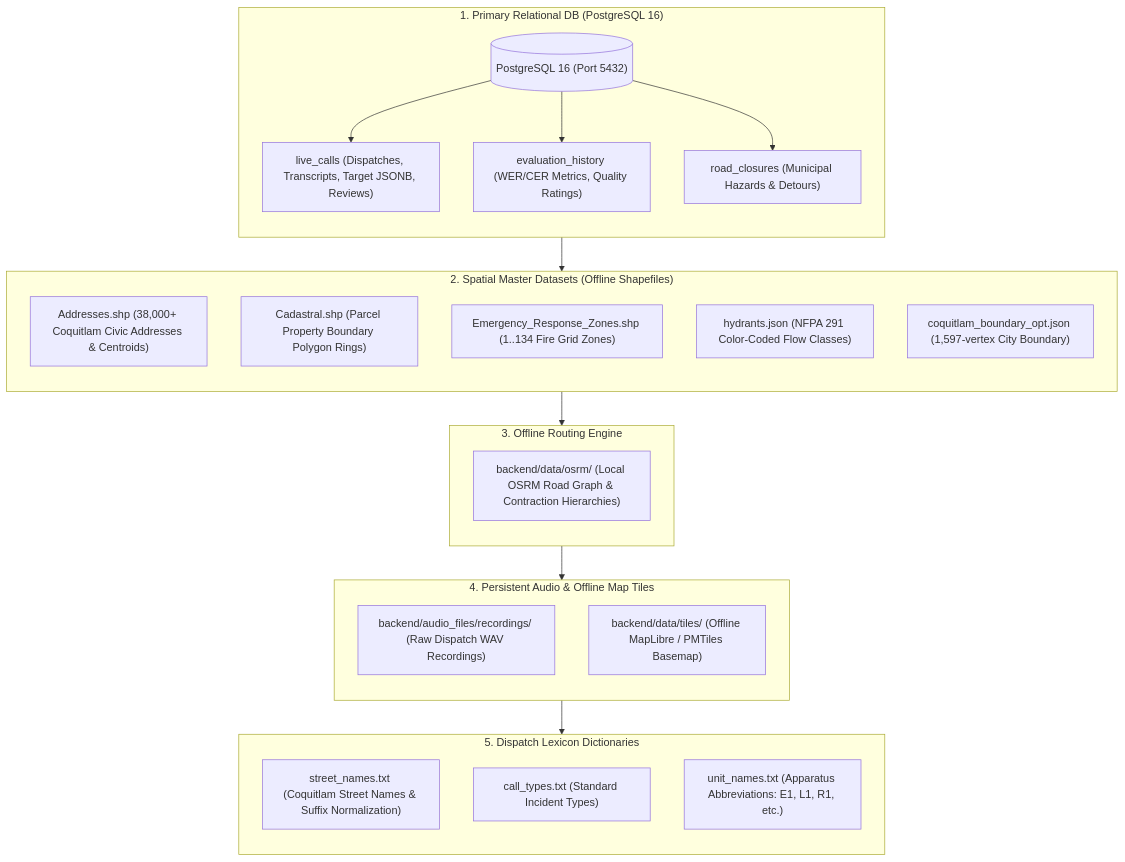
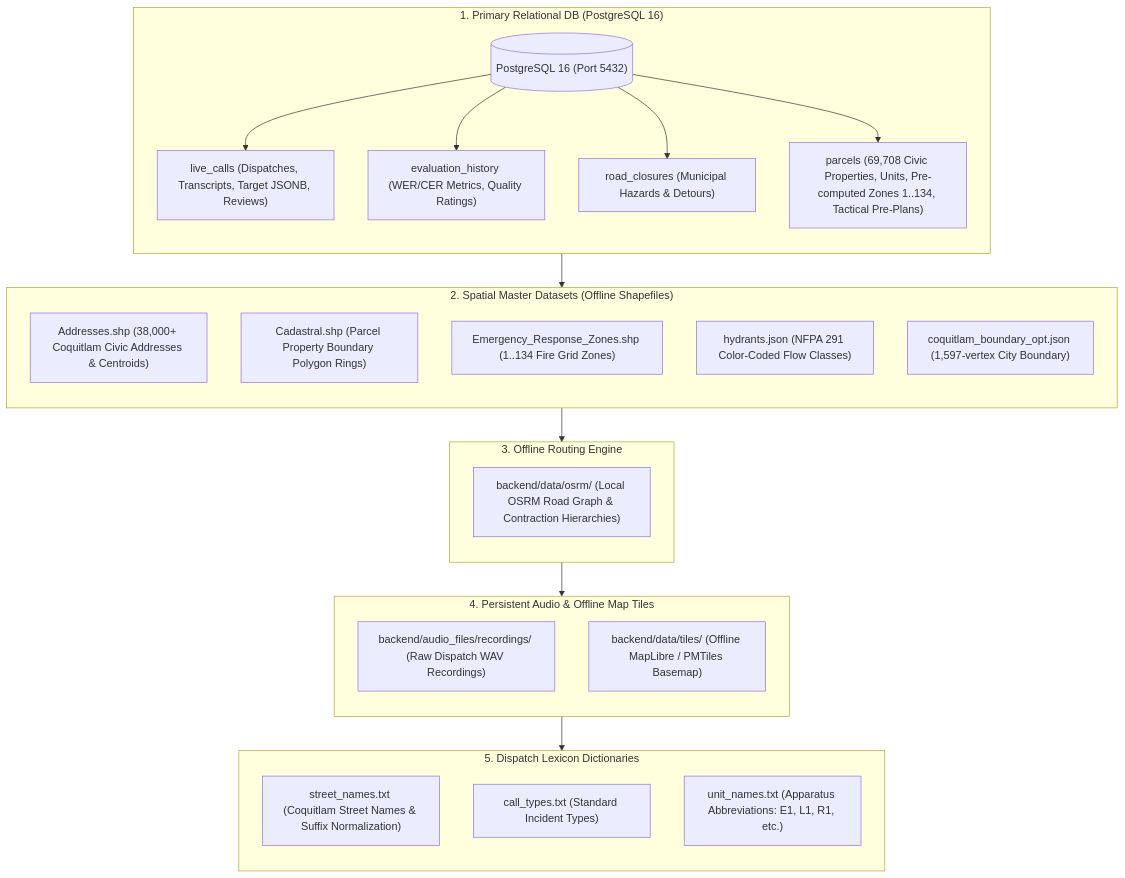
One commit to cwoodworth89/CFR-EVO-APP changed the diagram in docs/architecture/database_and_datastores.md. Above: the diagram before and after it, drawn with Mermaid. The commit also changed 6 other files, not shown here.

Commit message:
feat(phase-1): 40-column unified parcels table schema, import_parcels.py ingestion pipeline, and address identifier migration

````diff
--- a/docs/architecture/database_and_datastores.md
+++ b/docs/architecture/database_and_datastores.md
@@ -9,45 +9,47 @@
 ```mermaid
 graph TD
     subgraph PrimaryDB ["1. Primary Relational DB (PostgreSQL 16)"]
         direction TB
         PG[("PostgreSQL 16 (Port 5432)")]
         T1["live_calls (Dispatches, Transcripts, Target JSONB, Reviews)"]
         T2["evaluation_history (WER/CER Metrics, Quality Ratings)"]
         T3["road_closures (Municipal Hazards & Detours)"]
+        T4["parcels (69,708 Civic Properties, Units, Pre-computed Zones 1..134, Tactical Pre-Plans)"]
         PG --> T1
         PG --> T2
         PG --> T3
+        PG --> T4
     end
 
     subgraph SpatialData ["2. Spatial Master Datasets (Offline Shapefiles)"]
         direction TB
         S1["Addresses.shp (38,000+ Coquitlam Civic Addresses & Centroids)"]
         S2["Cadastral.shp (Parcel Property Boundary Polygon Rings)"]
         S3["Emergency_Response_Zones.shp (1..134 Fire Grid Zones)"]
         S4["hydrants.json (NFPA 291 Color-Coded Flow Classes)"]
         S5["coquitlam_boundary_opt.json (1,597-vertex City Boundary)"]
     end
 
     subgraph RoutingGraph ["3. Offline Routing Engine"]
         direction TB
         R1["backend/data/osrm/ (Local OSRM Road Graph & Contraction Hierarchies)"]
     end
 
     subgraph Storage ["4. Persistent Audio & Offline Map Tiles"]
         direction TB
         A1["backend/audio_files/recordings/ (Raw Dispatch WAV Recordings)"]
         A2["backend/data/tiles/ (Offline MapLibre / PMTiles Basemap)"]
     end
 
     subgraph Vocabulary ["5. Dispatch Lexicon Dictionaries"]
         direction TB
         V1["street_names.txt (Coquitlam Street Names & Suffix Normalization)"]
         V2["call_types.txt (Standard Incident Types)"]
         V3["unit_names.txt (Apparatus Abbreviations: E1, L1, R1, etc.)"]
     end
 
     PrimaryDB --> SpatialData
     SpatialData --> RoutingGraph
     RoutingGraph --> Storage
     Storage --> Vocabulary
 ```
````
